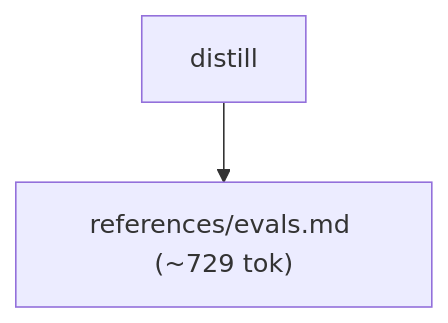
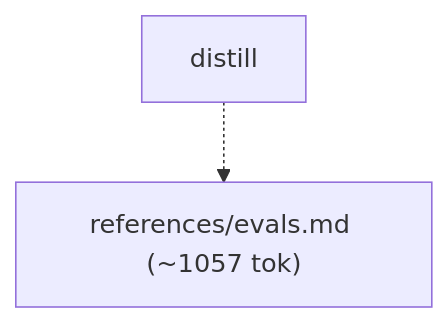
Before and after one commit to alecegg/varde: the fifth of 9 diagrams in skills/varde-learn/FLOW.md, drawn with Mermaid. The commit also changed other lines of this file and 1293 other files, not shown here.

````diff
--- a/skills/varde-learn/FLOW.md
+++ b/skills/varde-learn/FLOW.md
@@ -69,6 +80,6 @@
 ```mermaid
 flowchart TD
-  n0["references/evals.md (~729 tok)"]
+  n0["references/evals.md (~1057 tok)"]
   n1["distill"]
-  n1 --> n0
+  n1 -.-> n0
 ```
````
